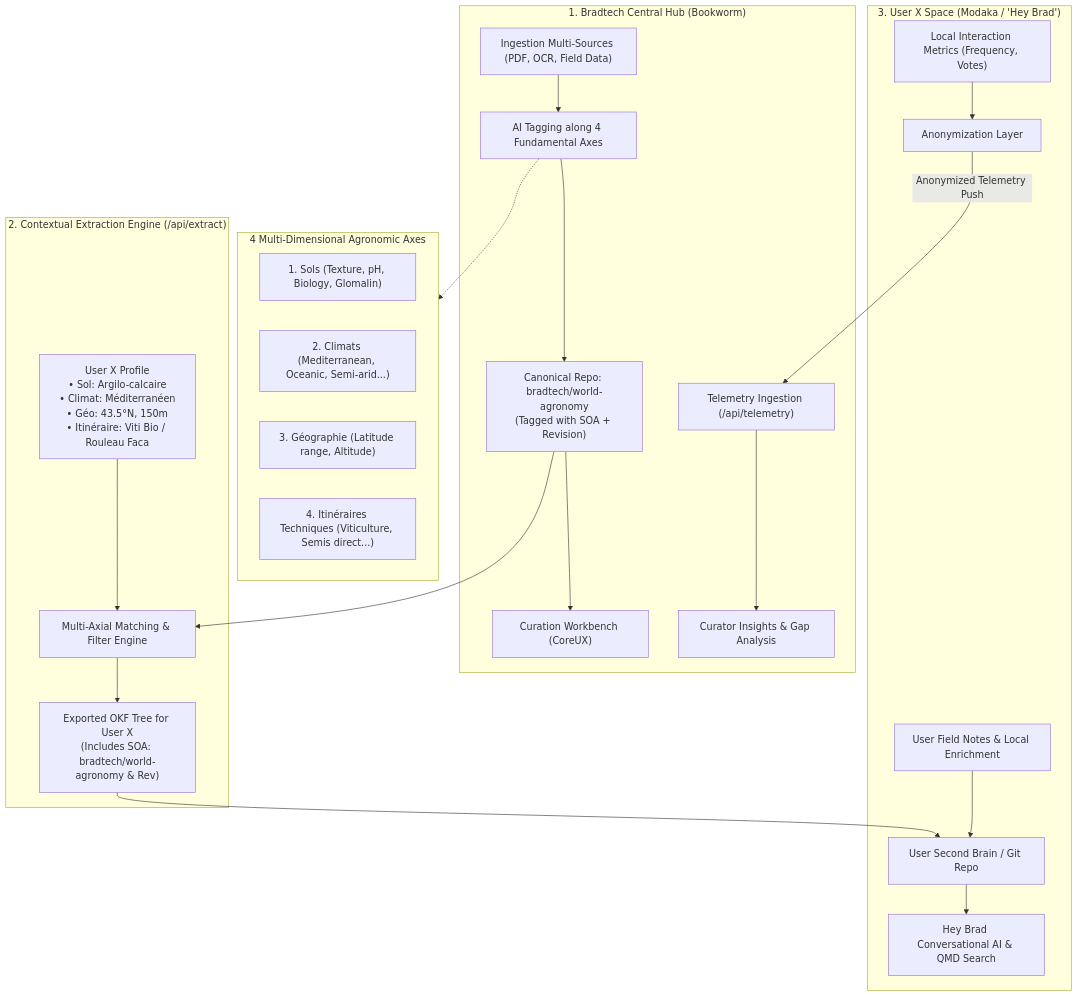
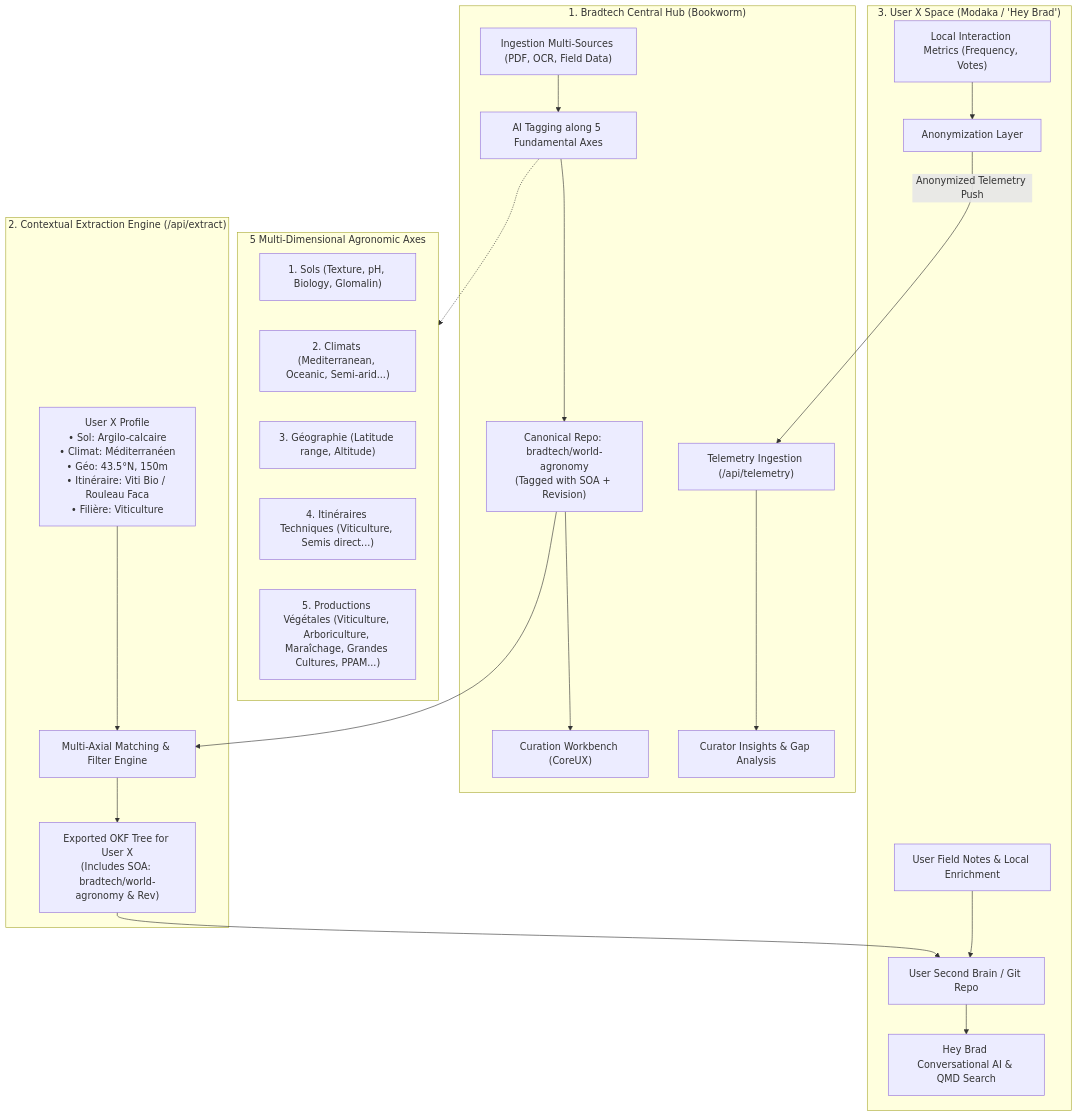
The diagram in POC_WORKBOOK.md (Quatrain/modaka-hub), drawn with Mermaid before and after one commit. The commit also changed other lines of this file and 5 other files, not shown here.

Commit message:
feat(bookworm): add 5th axis 'productions végétales' (crops) across models, AI queue, filtering and extraction

````diff
--- a/POC_WORKBOOK.md
+++ b/POC_WORKBOOK.md
@@ -14,33 +14,34 @@
 ```mermaid
 flowchart TD
     subgraph Hub ["1. Bradtech Central Hub (Bookworm)"]
-        RawDocs["Ingestion Multi-Sources (PDF, OCR, Field Data)"] --> AI["AI Tagging along 4 Fundamental Axes"]
+        RawDocs["Ingestion Multi-Sources (PDF, OCR, Field Data)"] --> AI["AI Tagging along 5 Fundamental Axes"]
         AI --> WorldRepo["Canonical Repo: bradtech/world-agronomy<br>(Tagged with SOA + Revision)"]
         WorldRepo --> Workbench["Curation Workbench (CoreUX)"]
         TelemetryCollector["Telemetry Ingestion (/api/telemetry)"] --> Analytics["Curator Insights & Gap Analysis"]
     end
 
-    subgraph Axes ["4 Multi-Dimensional Agronomic Axes"]
+    subgraph Axes ["5 Multi-Dimensional Agronomic Axes"]
         Axis1["1. Sols (Texture, pH, Biology, Glomalin)"]
         Axis2["2. Climats (Mediterranean, Oceanic, Semi-arid...)"]
         Axis3["3. Géographie (Latitude range, Altitude)"]
         Axis4["4. Itinéraires Techniques (Viticulture, Semis direct...)"]
+        Axis5["5. Productions Végétales (Viticulture, Arboriculture, Maraîchage, Grandes Cultures, PPAM...)"]
     end
 
     subgraph Extraction ["2. Contextual Extraction Engine (/api/extract)"]
-        UserProfile["User X Profile<br>• Sol: Argilo-calcaire<br>• Climat: Méditerranéen<br>• Géo: 43.5°N, 150m<br>• Itinéraire: Viti Bio / Rouleau Faca"]
+        UserProfile["User X Profile<br>• Sol: Argilo-calcaire<br>• Climat: Méditerranéen<br>• Géo: 43.5°N, 150m<br>• Itinéraire: Viti Bio / Rouleau Faca<br>• Filière: Viticulture"]
         WorldRepo --> FilterEngine["Multi-Axial Matching & Filter Engine"]
         UserProfile --> FilterEngine
         FilterEngine --> UserOKF["Exported OKF Tree for User X<br>(Includes SOA: bradtech/world-agronomy & Rev)"]
     end
 
     subgraph ClientSpace ["3. User X Space (Modaka / 'Hey Brad')"]
         UserOKF --> LocalStorage["User Second Brain / Git Repo"]
         LocalStorage --> HeyBrad["Hey Brad Conversational AI & QMD Search"]
         UserEnrichment["User Field Notes & Local Enrichment"] --> LocalStorage
         LocalMetrics["Local Interaction Metrics (Frequency, Votes)"] --> Anonymizer["Anonymization Layer"]
         Anonymizer -->|Anonymized Telemetry Push| TelemetryCollector
     end
 
     AI -.-> Axes
 ```
````
